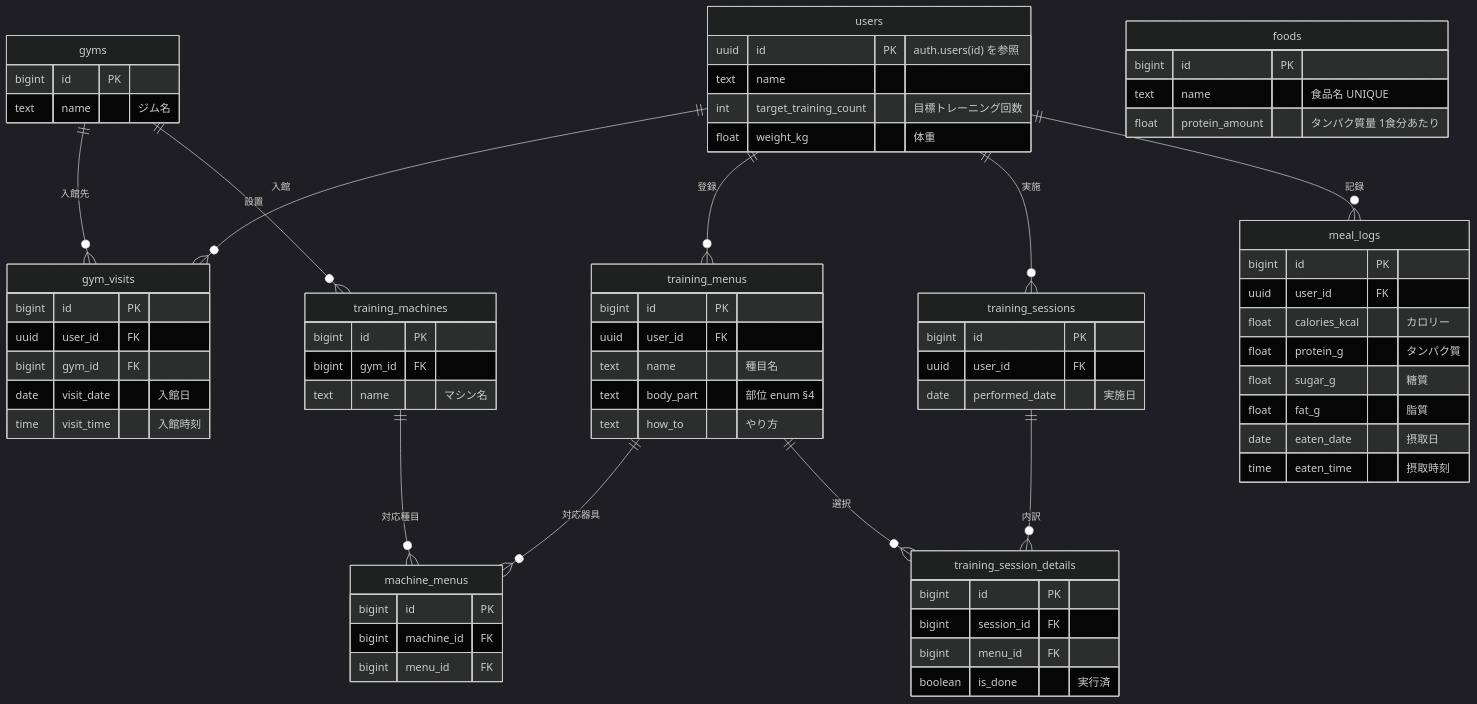
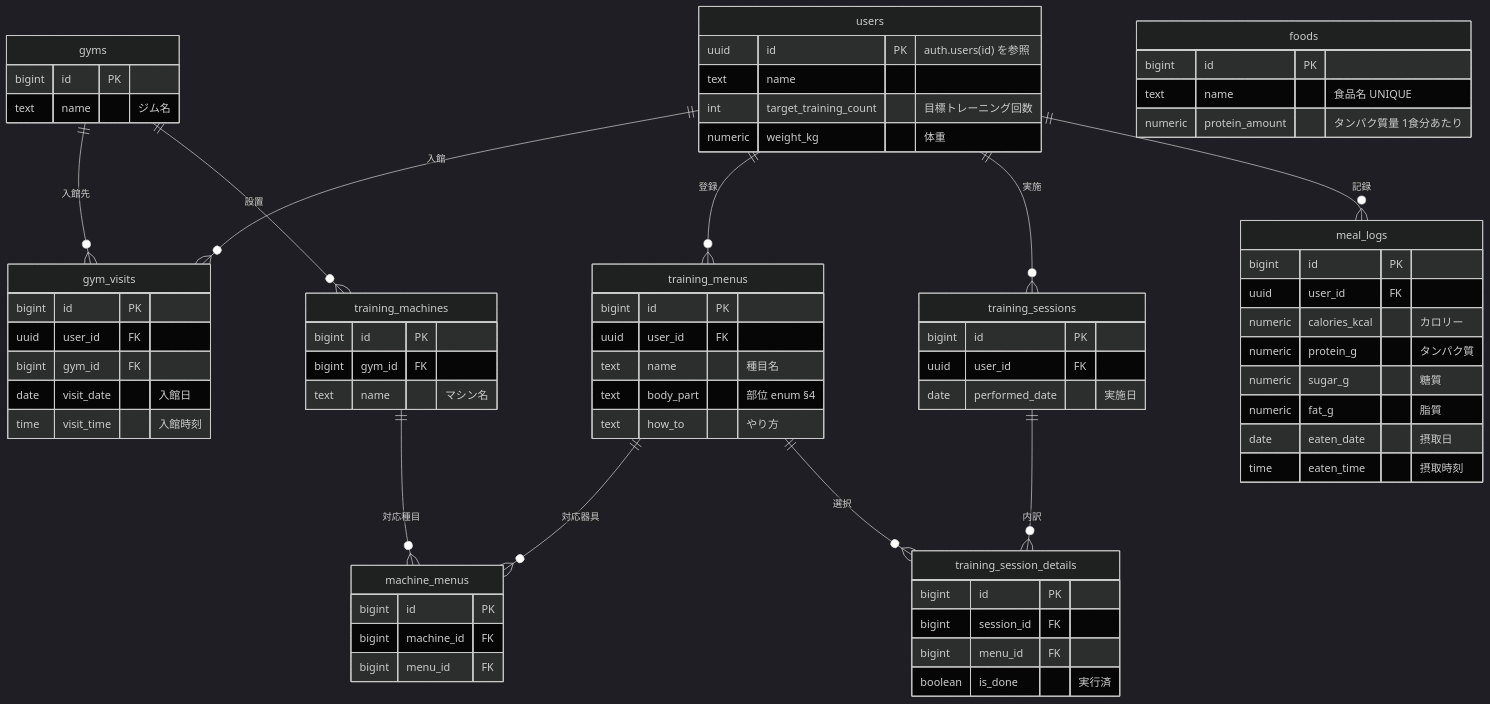
The diagram in docs/02_設計/50_詳細設計/01_DB物理設計.md (k-okada51/okada-fit), drawn with Mermaid (dark theme) before and after one commit. The commit also changed other lines of this file and 21 other files, not shown here.

````diff
--- a/docs/02_設計/50_詳細設計/01_DB物理設計.md
+++ b/docs/02_設計/50_詳細設計/01_DB物理設計.md
@@ -40,73 +40,73 @@
 ```mermaid
 erDiagram
   users ||--o{ gym_visits : "入館"
   gyms  ||--o{ gym_visits : "入館先"
   users ||--o{ training_menus : "登録"
   users ||--o{ training_sessions : "実施"
   users ||--o{ meal_logs : "記録"
   gyms  ||--o{ training_machines : "設置"
   training_machines ||--o{ machine_menus : "対応種目"
   training_menus ||--o{ machine_menus : "対応器具"
   training_sessions ||--o{ training_session_details : "内訳"
   training_menus ||--o{ training_session_details : "選択"
   users {
     uuid id PK "auth.users(id) を参照"
     text name
     int target_training_count "目標トレーニング回数"
-    float weight_kg "体重"
+    numeric weight_kg "体重"
   }
   gyms {
     bigint id PK
     text name "ジム名"
   }
   gym_visits {
     bigint id PK
     uuid user_id FK
     bigint gym_id FK
     date visit_date "入館日"
     time visit_time "入館時刻"
   }
   training_menus {
     bigint id PK
     uuid user_id FK
     text name "種目名"
     text body_part "部位 enum §4"
     text how_to "やり方"
   }
   training_machines {
     bigint id PK
     bigint gym_id FK
     text name "マシン名"
   }
   machine_menus {
     bigint id PK
     bigint machine_id FK
     bigint menu_id FK
   }
   training_sessions {
     bigint id PK
     uuid user_id FK
     date performed_date "実施日"
   }
   training_session_details {
     bigint id PK
     bigint session_id FK
     bigint menu_id FK
     boolean is_done "実行済"
   }
   meal_logs {
     bigint id PK
     uuid user_id FK
-    float calories_kcal "カロリー"
-    float protein_g "タンパク質"
-    float sugar_g "糖質"
-    float fat_g "脂質"
+    numeric calories_kcal "カロリー"
+    numeric protein_g "タンパク質"
+    numeric sugar_g "糖質"
+    numeric fat_g "脂質"
     date eaten_date "摂取日"
     time eaten_time "摂取時刻"
   }
   foods {
     bigint id PK
     text name "食品名 UNIQUE"
-    float protein_amount "タンパク質量 1食分あたり"
+    numeric protein_amount "タンパク質量 1食分あたり"
   }
 ```
````
